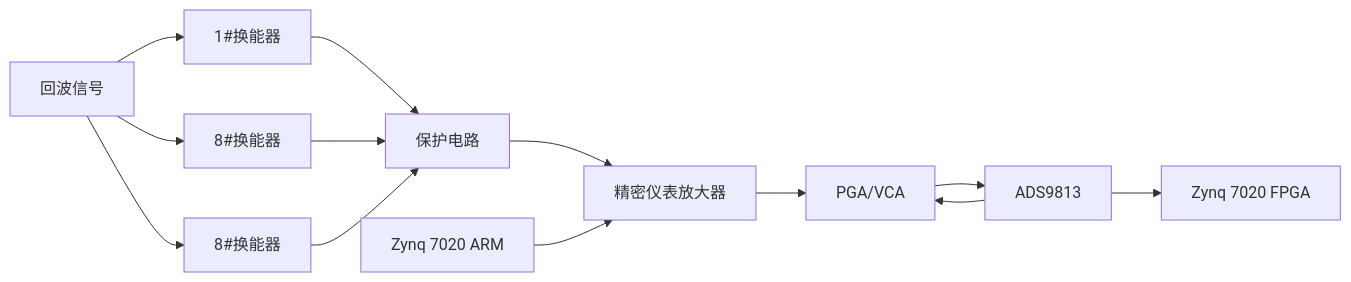
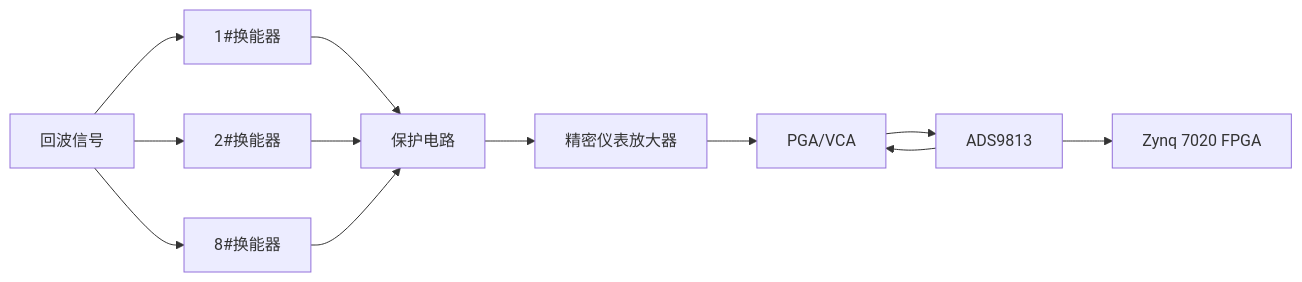
One commit to Rukawa15/iodraw-files changed the diagram in all/多通道同步采集-1.md. Above: the diagram before and after it, drawn with Mermaid.

Commit message:
2025-06-19 14:04:59 update

````diff
--- a/all/多通道同步采集-1.md
+++ b/all/多通道同步采集-1.md
@@ -1,17 +1,17 @@
 ```mermaid
 graph LR
 A[回波信号]
 A --> B1[1#换能器]
-A --> B2[8#换能器]
+A --> B2[2#换能器]
 A --> B8[8#换能器]
 B1 --> C[保护电路]
 B2 --> C[保护电路]
 B8 --> C[保护电路] 
 C --> D[精密仪表放大器] 
 D --> E[PGA/VCA] 
 E --> F[ADS9813] 
 F --> G[Zynq 7020 FPGA]
-H[Zynq 7020 ARM] --> D
+
 F --> E
 
 ```
````
